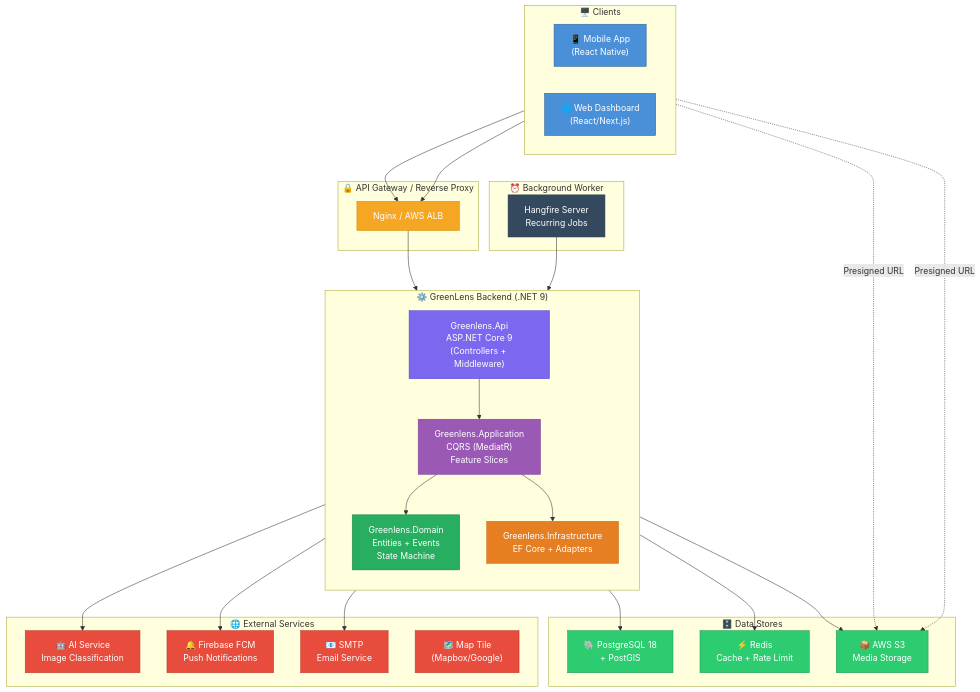
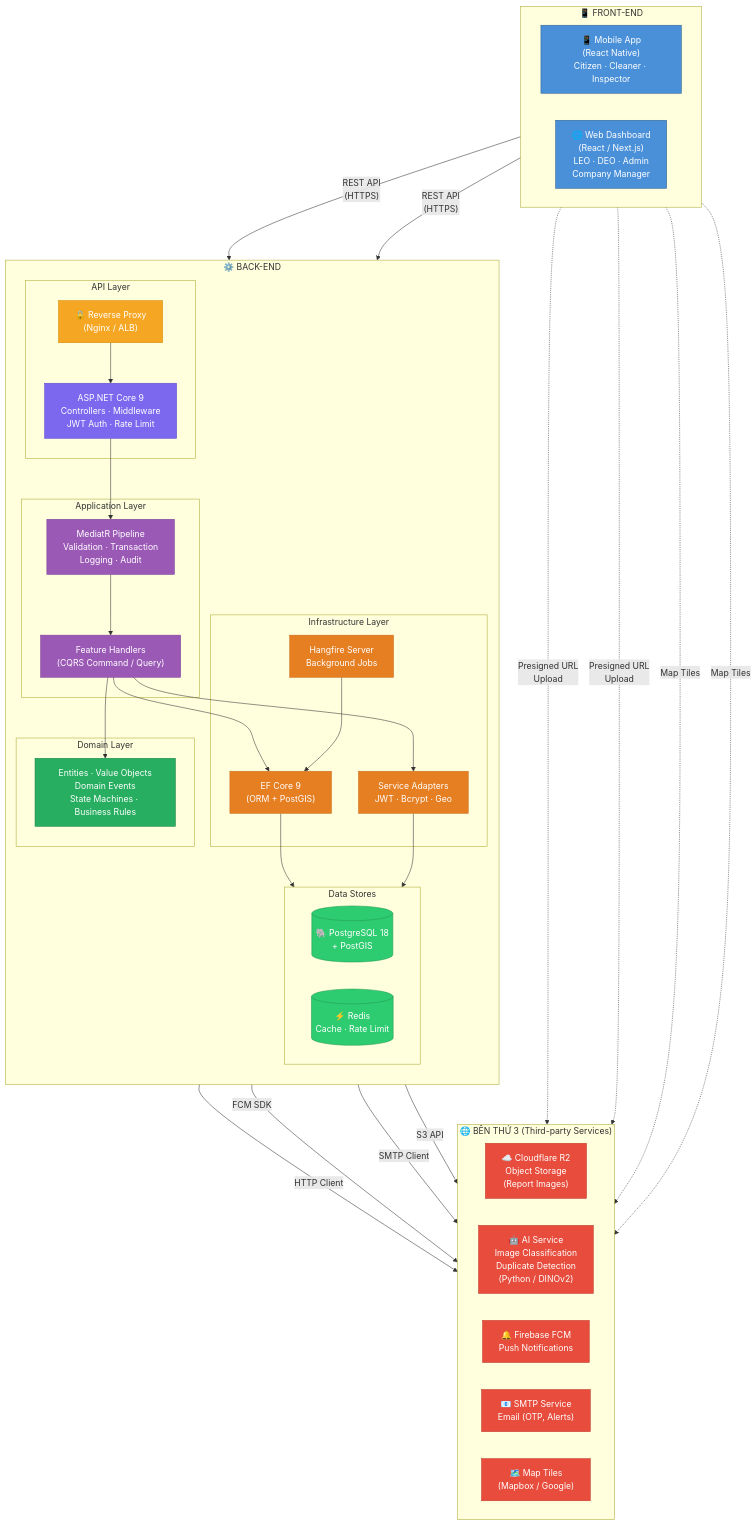
One commit to Capstonne-Project/greenlens-service changed the first of 6 diagrams in docs/BusinessRule/architecture-system-diagram.md. Above: the diagram before and after it, drawn with Mermaid. The commit also changed other lines of this file and 55 other files, not shown here.

First line of the commit message:
feat(reports): add citizen reopen request workflow with LEO approval

````diff
--- a/docs/BusinessRule/architecture-system-diagram.md
+++ b/docs/BusinessRule/architecture-system-diagram.md
@@ -10,73 +10,89 @@
 ```mermaid
 graph TB
-    subgraph Clients["🖥️ Clients"]
+    subgraph FrontEnd["📱 FRONT-END"]
         direction LR
-        MA["📱 Mobile App<br/>(React Native)"]
-        WA["🌐 Web Dashboard<br/>(React/Next.js)"]
+        MA["📱 Mobile App<br/>(React Native)<br/>Citizen · Cleaner · Inspector"]
+        WA["🌐 Web Dashboard<br/>(React / Next.js)<br/>LEO · DEO · Admin<br/>Company Manager"]
     end
 
-    subgraph Gateway["🔒 API Gateway / Reverse Proxy"]
-        NG["Nginx / AWS ALB"]
+    subgraph BackEnd["⚙️ BACK-END"]
+        direction TB
+
+        subgraph APILayer["API Layer"]
+            NG["🔒 Reverse Proxy<br/>(Nginx / ALB)"]
+            API["ASP.NET Core 9<br/>Controllers · Middleware<br/>JWT Auth · Rate Limit"]
+        end
+
+        subgraph AppLayer["Application Layer"]
+            PIPE["MediatR Pipeline<br/>Validation · Transaction<br/>Logging · Audit"]
+            HANDLER["Feature Handlers<br/>(CQRS Command / Query)"]
+        end
+
+        subgraph DomainLayer["Domain Layer"]
+            DOM["Entities · Value Objects<br/>Domain Events<br/>State Machines · Business Rules"]
+        end
+
+        subgraph InfraLayer["Infrastructure Layer"]
+            EF["EF Core 9<br/>(ORM + PostGIS)"]
+            ADAPT["Service Adapters<br/>JWT · Bcrypt · Geo"]
+            HF["Hangfire Server<br/>Background Jobs"]
+        end
+
+        subgraph DataStores["Data Stores"]
+            direction LR
+            PG[("🐘 PostgreSQL 18<br/>+ PostGIS")]
+            RD[("⚡ Redis<br/>Cache · Rate Limit")]
+        end
+
+        NG --> API
+        API --> PIPE
+        PIPE --> HANDLER
+        HANDLER --> DOM
+        HANDLER --> EF
+        HANDLER --> ADAPT
+        EF --> PG
+        ADAPT --> RD
+        HF --> EF
     end
 
-    subgraph Backend["⚙️ GreenLens Backend (.NET 9)"]
-        direction TB
-        API["Greenlens.Api<br/>ASP.NET Core 9<br/>(Controllers + Middleware)"]
-        APP["Greenlens.Application<br/>CQRS (MediatR)<br/>Feature Slices"]
-        DOM["Greenlens.Domain<br/>Entities + Events<br/>State Machine"]
-        INF["Greenlens.Infrastructure<br/>EF Core + Adapters"]
+    subgraph ThirdParty["🌐 BÊN THỨ 3 (Third-party Services)"]
+        direction LR
+        R2["☁️ Cloudflare R2<br/>Object Storage<br/>(Report Images)"]
+        AI["🤖 AI Service<br/>Image Classification<br/>Duplicate Detection<br/>(Python / DINOv2)"]
+        FCM["🔔 Firebase FCM<br/>Push Notifications"]
+        SMTP["📧 SMTP Service<br/>Email (OTP, Alerts)"]
+        MAP["🗺️ Map Tiles<br/>(Mapbox / Google)"]
     end
 
-    subgraph DataStores["🗄️ Data Stores"]
-        PG["🐘 PostgreSQL 18<br/>+ PostGIS"]
-        RD["⚡ Redis<br/>Cache + Rate Limit"]
-        S3["📦 AWS S3<br/>Media Storage"]
-    end
+    MA -->|"REST API<br/>(HTTPS)"| NG
+    WA -->|"REST API<br/>(HTTPS)"| NG
 
-    subgraph ExternalServices["🌐 External Services"]
-        AI["🤖 AI Service<br/>Image Classification"]
-        FCM["🔔 Firebase FCM<br/>Push Notifications"]
-        SMTP["📧 SMTP<br/>Email Service"]
-        MAP["🗺️ Map Tile<br/>(Mapbox/Google)"]
-    end
+    MA -.->|"Presigned URL<br/>Upload"| R2
+    WA -.->|"Presigned URL<br/>Upload"| R2
 
-    subgraph BackgroundWorker["⏰ Background Worker"]
-        HF["Hangfire Server<br/>Recurring Jobs"]
-    end
+    MA -.->|"Map Tiles"| MAP
+    WA -.->|"Map Tiles"| MAP
 
-    MA --> NG
-    WA --> NG
-    NG --> API
-    API --> APP
-    APP --> DOM
-    APP --> INF
-    INF --> PG
-    INF --> RD
-    INF --> S3
-    INF --> AI
-    INF --> FCM
-    INF --> SMTP
-    HF --> INF
-    MA -.->|"Presigned URL"| S3
-    WA -.->|"Presigned URL"| S3
+    ADAPT -->|"HTTP Client"| AI
+    ADAPT -->|"FCM SDK"| FCM
+    ADAPT -->|"SMTP Client"| SMTP
+    EF -->|"S3 API"| R2
 
-    classDef clientStyle fill:#4A90D9,stroke:#2C5F8A,color:#fff
-    classDef gatewayStyle fill:#F5A623,stroke:#D48B0A,color:#fff
+    classDef feStyle fill:#4A90D9,stroke:#2C5F8A,color:#fff
+    classDef proxyStyle fill:#F5A623,stroke:#D48B0A,color:#fff
     classDef apiStyle fill:#7B68EE,stroke:#5B4BCF,color:#fff
     classDef appStyle fill:#9B59B6,stroke:#7D3C98,color:#fff
     classDef domStyle fill:#27AE60,stroke:#1E8449,color:#fff
-    classDef infStyle fill:#E67E22,stroke:#CA6F1E,color:#fff
+    classDef infraStyle fill:#E67E22,stroke:#CA6F1E,color:#fff
     classDef dataStyle fill:#2ECC71,stroke:#229954,color:#fff
-    classDef extStyle fill:#E74C3C,stroke:#C0392B,color:#fff
-    classDef bgStyle fill:#34495E,stroke:#2C3E50,color:#fff
+    classDef tpStyle fill:#E74C3C,stroke:#C0392B,color:#fff
 
-    class MA,WA clientStyle
-    class NG gatewayStyle
+    class MA,WA feStyle
+    class NG proxyStyle
     class API apiStyle
-    class APP appStyle
+    class PIPE,HANDLER appStyle
     class DOM domStyle
-    class INF infStyle
-    class PG,RD,S3 dataStyle
-    class AI,FCM,SMTP,MAP extStyle
-    class HF bgStyle
+    class EF,ADAPT,HF infraStyle
+    class PG,RD dataStyle
+    class R2,AI,FCM,SMTP,MAP tpStyle
 ```
````
